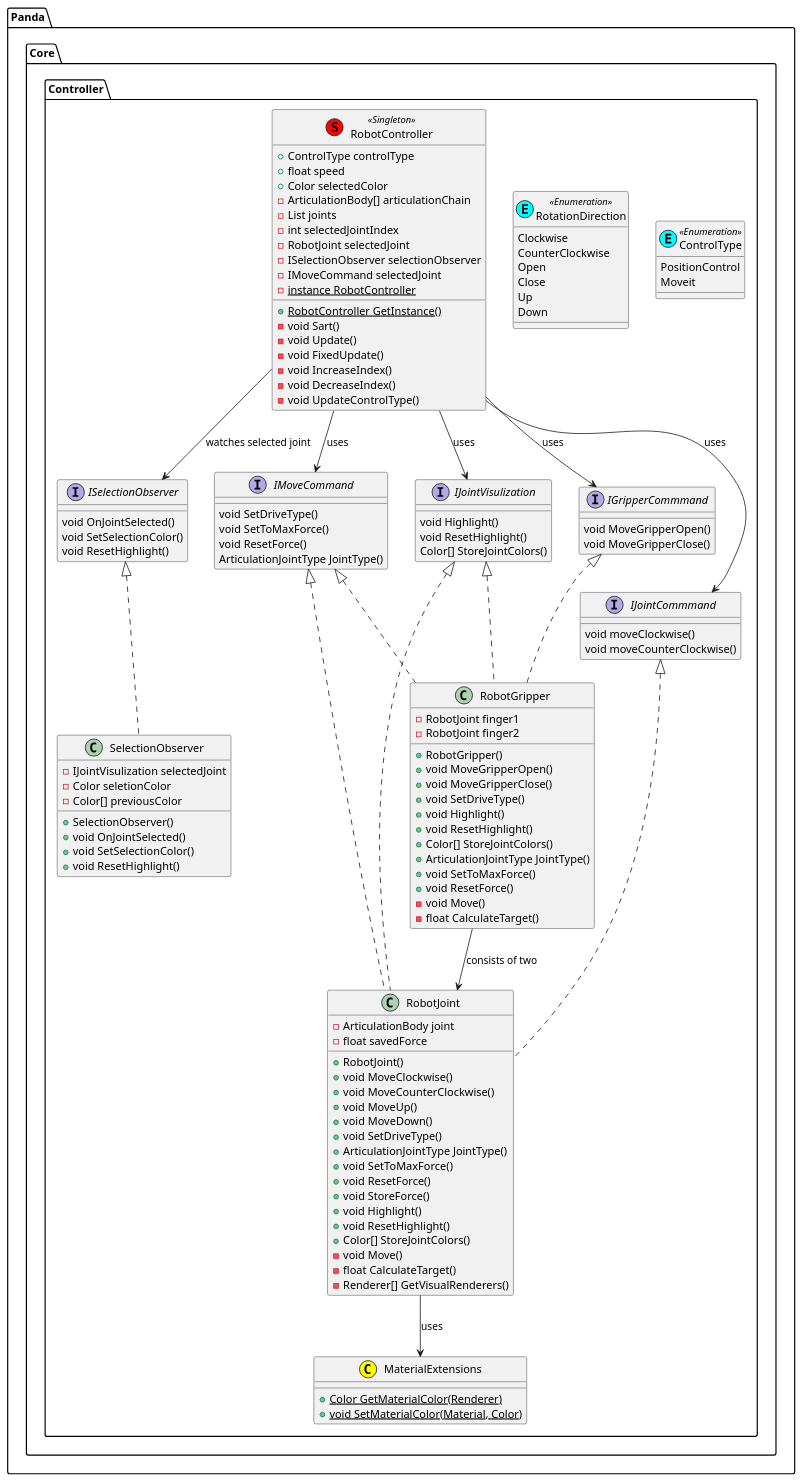
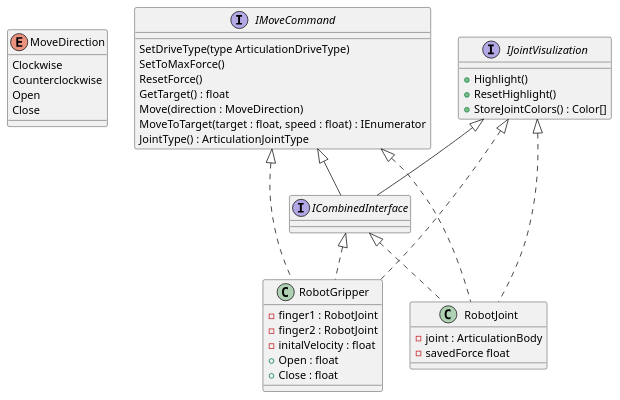
Before and after one commit to VincentMSchmitt/ROS-Unity-Panda: the diagram in Unity/UnityQuestPandaProject/Assets/Scripts/01 Core/Controller/UML_RobotController_ClassDiagram.wsd, drawn with PlantUML. The commit also changed 18 other files, not shown here.

```diff
--- a/Unity/UnityQuestPandaProject/Assets/Scripts/01 Core/Controller/UML_RobotController_ClassDiagram.wsd
+++ b/Unity/UnityQuestPandaProject/Assets/Scripts/01 Core/Controller/UML_RobotController_ClassDiagram.wsd
@@ -1,133 +1,105 @@
 @startuml RobotController
 
-namespace Panda.Core.Controller {
-    enum ControlType << (E,cyan) Enumeration >> {
-        PositionControl
-        Moveit
-    }
+' namespace Panda.Core.Controller {
+    ' class RobotController << (S,red) Singleton >> {
+    '     ' + controlType : ControlType
+    '     + speed : float
+    '     + selectionColor : Color
+    '     ' + limitMeshFilter: MeshFilter
+    '     + selectionObserver : ISelectionObserver
+    '     + articulationChain : ArticulationBody[]
+    '     ' + articulationList : List
+    '     - instance : RobotController
+    '     ' ---------------------------------------
+    '     + GetInstance() : RobotController
+    '     ' + GetRevoluteJointTargets() : List
+    '     ' + GetRevoluteJoints() : List
+    '     ' + GetGripper() : IMoveCommand
+    '     - Sart()
+    '     - Update()
+    '     - FixedUpdate()
+    '     ' - UpdateControlType(type : ControlType)
+    ' }
 
-    enum RotationDirection << (E,cyan) Enumeration >> {
+    ' interface ISelectionObserver {
+    '     + GetJoints() : List
+    '     + GetSelection() : ICombinedInterface
+    '     + Add(robotJoint : ICombinedInterface)
+    '     + SetSelectionColor(color : Color)
+    '     + void ResetHighlight()
+    '     + HasSelection() : Boolean
+    '     + ResetSelection()
+    '     + Next()
+    '     + Previous()
+    ' }
+
+    enum MoveDirection {
         Clockwise
-        CounterClockwise
+        Counterclockwise
         Open
         Close
-        Up
-        Down
-    }
-
-    class RobotController << (S,red) Singleton >> {
-        + ControlType controlType
-        + float speed 
-        + Color selectedColor
-        - ArticulationBody[] articulationChain
-        - List joints
-        - int selectedJointIndex
-        - RobotJoint selectedJoint
-        - ISelectionObserver selectionObserver 
-        - IMoveCommand selectedJoint
-        - {static} instance RobotController 
-        ' ---------------------------------------
-        + {static} RobotController GetInstance()
-        - void Sart()
-        - void Update()
-        - void FixedUpdate()
-        - void IncreaseIndex()
-        - void DecreaseIndex()
-        - void UpdateControlType()
-    }
-
-    interface ISelectionObserver {
-        void OnJointSelected()
-        void SetSelectionColor()
-        void ResetHighlight()
     }
 
     interface IJointVisulization {
-        void Highlight()
-        void ResetHighlight()
-        Color[] StoreJointColors()
+        + Highlight()
+        + ResetHighlight()
+        + StoreJointColors() : Color[]
+    }
+
+    interface ICombinedInterface implements IJointVisulization, IMoveCommand {
     }
 
     interface IMoveCommand {
-        void SetDriveType()
-        void SetToMaxForce()
-        void ResetForce()
-        ArticulationJointType JointType()
+        SetDriveType(type ArticulationDriveType)
+        SetToMaxForce()
+        ResetForce()
+        GetTarget() : float
+        Move(direction : MoveDirection)
+        MoveToTarget(target : float, speed : float) : IEnumerator
+        JointType() : ArticulationJointType
     }
 
-    interface IJointCommmand {
-        void moveClockwise()
-        void moveCounterClockwise()
+    ' class MaterialExtensions << (C,yellow) >> {
+    '     + {static} Color GetMaterialColor(Renderer)
+    '     + {static} void SetMaterialColor(Material, Color)
+    ' }
+
+    ' class SelectionObserver implements ISelectionObserver{
+    '     + joints : List
+    '     - selectedJointIndex: int
+    '     - seletionColor : Color
+    '     - previousColor : Color[]
+    '     - selectedJoint : ICombinedInterface
+    '     ' ---------------------------------------
+    '     + SelectionObserver()
+    '     + SetSelectionColor()
+    '     + ResetHighlight()
+    '     + Next()
+    '     + Previous()
+    '     + GetJoints() : List
+    '     + GetSelection() : ICombinedInterface
+    '     + HasSelection() : Boolean
+    '     + ResetSelection()
+    '     + Add(robotJoint : ICombinedInterface)
+    ' }
+
+    class RobotGripper implements ICombinedInterface, IMoveCommand, IJointVisulization {
+        - finger1 : RobotJoint
+        - finger2 : RobotJoint
+        - initalVelocity : float
+        + Open : float
+        + Close : float
+        ' ---------------------------------------
     }
 
-    interface IGripperCommmand {
-        void MoveGripperOpen()
-        void MoveGripperClose()
+    class RobotJoint implements ICombinedInterface, IMoveCommand, IJointVisulization {
+        - joint : ArticulationBody
+        - savedForce float
+        ' ---------------------------------------
     }
 
-    class MaterialExtensions << (C,yellow) >> {
-        + {static} Color GetMaterialColor(Renderer)
-        + {static} void SetMaterialColor(Material, Color)
-    }
-
-    class SelectionObserver implements ISelectionObserver{
-        - IJointVisulization selectedJoint
-        - Color seletionColor
-        - Color[] previousColor
-        ' ---------------------------------------
-        + SelectionObserver()
-        + void OnJointSelected()
-        + void SetSelectionColor()
-        + void ResetHighlight()
-    }
-
-    class RobotGripper implements IMoveCommand, IGripperCommmand, IJointVisulization {
-        - RobotJoint finger1
-        - RobotJoint finger2
-        ' ---------------------------------------
-        + RobotGripper()
-        + void MoveGripperOpen()
-        + void MoveGripperClose()
-        + void SetDriveType()
-        + void Highlight()
-        + void ResetHighlight()
-        + Color[] StoreJointColors()
-        + ArticulationJointType JointType()
-        + void SetToMaxForce()
-        + void ResetForce()
-        - void Move()
-        - float CalculateTarget()
-    }
-
-    class RobotJoint implements IMoveCommand, IJointCommmand, IJointVisulization {
-        - ArticulationBody joint
-        - float savedForce
-        ' ---------------------------------------
-        + RobotJoint()
-        + void MoveClockwise()
-        + void MoveCounterClockwise()
-        + void MoveUp()
-        + void MoveDown()
-        + void SetDriveType()
-        + ArticulationJointType JointType()
-        + void SetToMaxForce()
-        + void ResetForce()
-        + void StoreForce()
-        + void Highlight()
-        + void ResetHighlight()
-        + Color[] StoreJointColors()
-        - void Move()
-        - float CalculateTarget()
-        - Renderer[] GetVisualRenderers()
-    }
-
-    RobotController --> IMoveCommand : uses
-    RobotController --> IJointCommmand : uses
-    RobotController --> IGripperCommmand : uses
-    RobotController --> IJointVisulization : uses
-    RobotController --> ISelectionObserver : watches selected joint
-    RobotJoint --> MaterialExtensions : uses
-    RobotGripper --> RobotJoint : consists of two
-}
+    ' RobotController --> MaterialExtensions : uses
+    ' RobotController --> ISelectionObserver : uses
+' }
 
 @enduml
```
